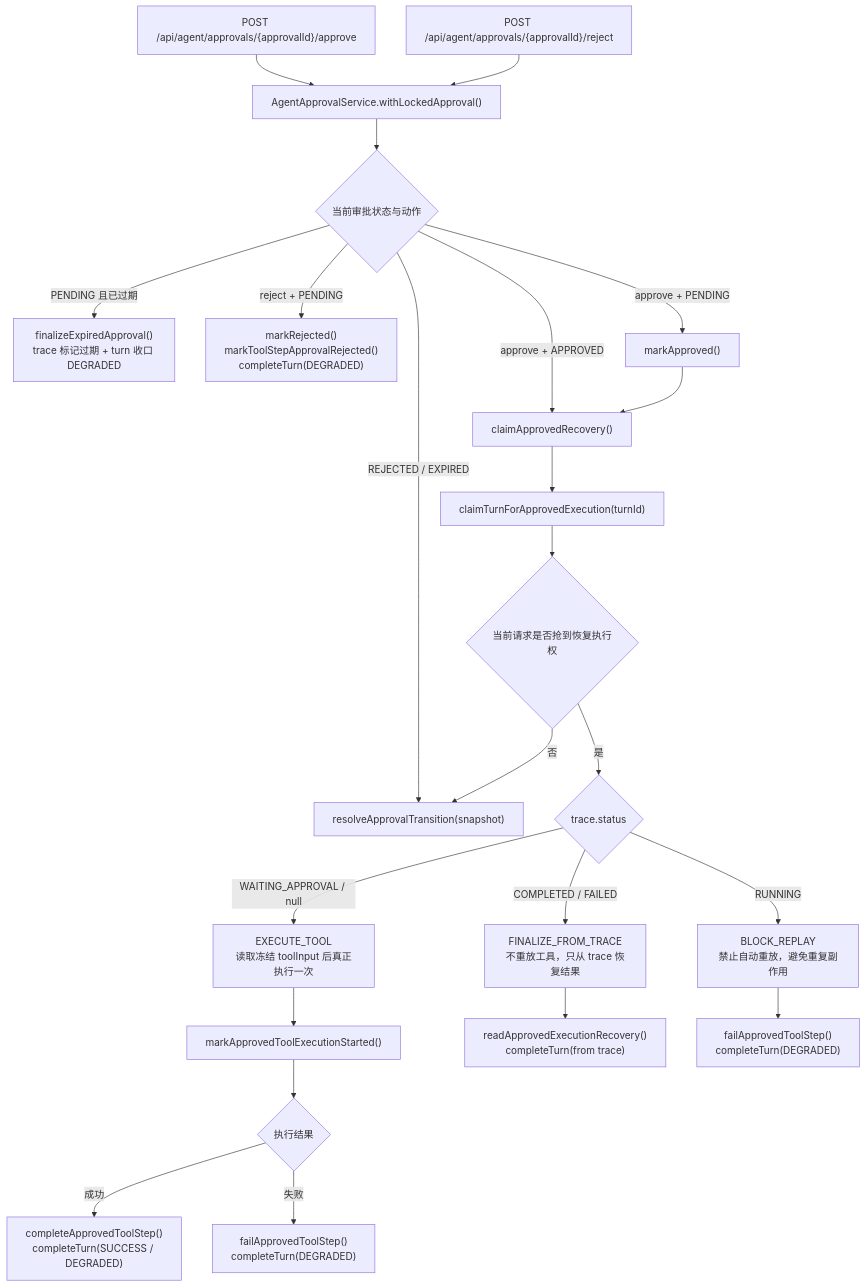
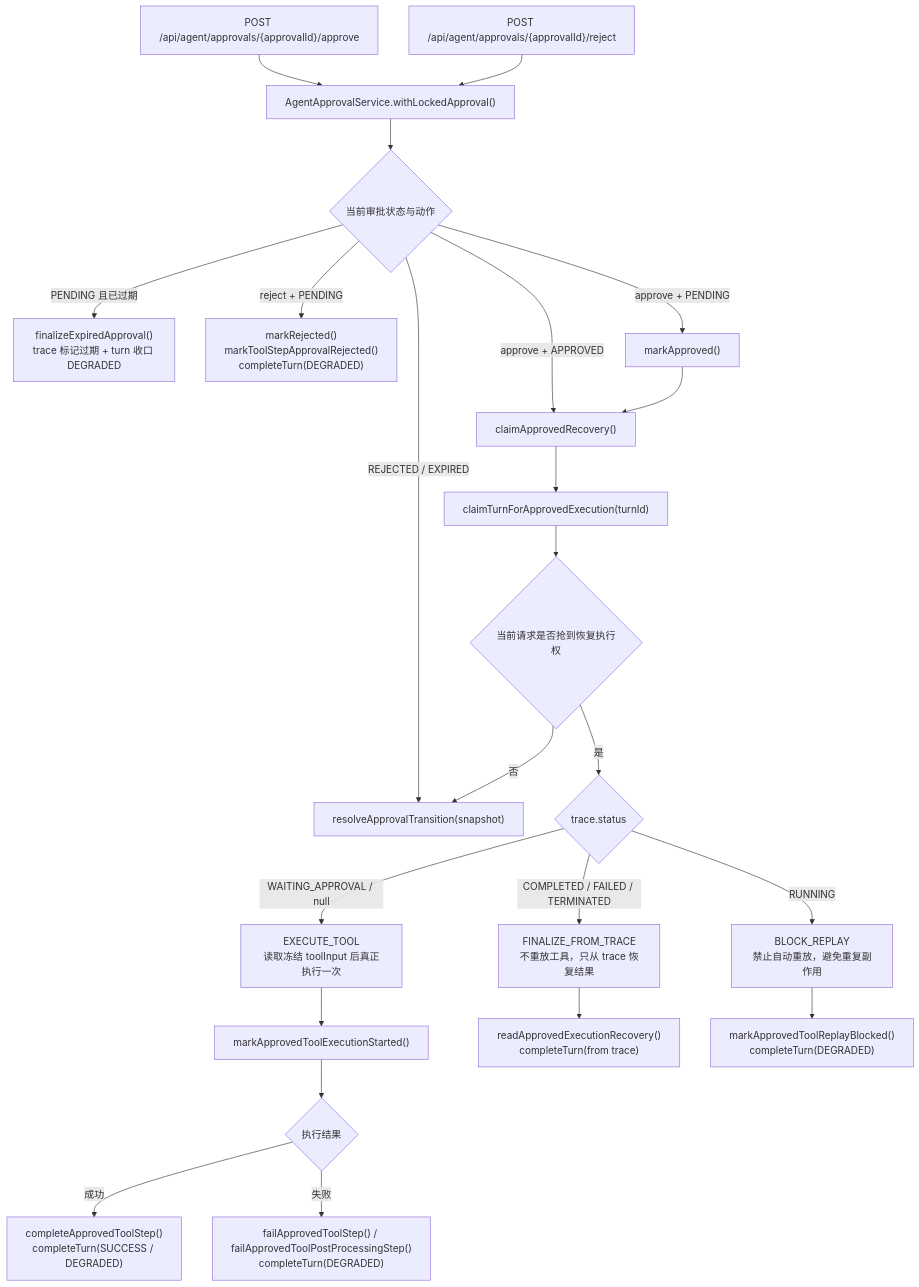
One commit to Kiyra-gjx/interview-guide changed the seventh of 7 diagrams in docs/current-code-architecture.md. Above: the diagram before and after it, drawn with Mermaid. The commit also changed other lines of this file and 9 other files, not shown here.

````diff
--- a/docs/current-code-architecture.md
+++ b/docs/current-code-architecture.md
@@ -302,30 +302,30 @@
 ```mermaid
 flowchart TD
     A["POST /api/agent/approvals/{approvalId}/approve"] --> B["AgentApprovalService.withLockedApproval()"]
     R["POST /api/agent/approvals/{approvalId}/reject"] --> B
     B --> C{"当前审批状态与动作"}
 
     C -->|PENDING 且已过期| EX["finalizeExpiredApproval()<br/>trace 标记过期 + turn 收口 DEGRADED"]
     C -->|reject + PENDING| RJ["markRejected()<br/>markToolStepApprovalRejected()<br/>completeTurn(DEGRADED)"]
     C -->|approve + PENDING| MK["markApproved()"]
     C -->|approve + APPROVED| CL["claimApprovedRecovery()"]
     C -->|REJECTED / EXPIRED| SNAP["resolveApprovalTransition(snapshot)"]
 
     MK --> CL
     CL --> TURN["claimTurnForApprovedExecution(turnId)"]
     TURN --> D{"当前请求是否抢到恢复执行权"}
     D -->|否| SNAP
     D -->|是| E{"trace.status"}
 
     E -->|WAITING_APPROVAL / null| ET["EXECUTE_TOOL<br/>读取冻结 toolInput 后真正执行一次"]
-    E -->|COMPLETED / FAILED| FT["FINALIZE_FROM_TRACE<br/>不重放工具，只从 trace 恢复结果"]
+    E -->|COMPLETED / FAILED / TERMINATED| FT["FINALIZE_FROM_TRACE<br/>不重放工具，只从 trace 恢复结果"]
     E -->|RUNNING| BR["BLOCK_REPLAY<br/>禁止自动重放，避免重复副作用"]
 
     ET --> ET2["markApprovedToolExecutionStarted()"]
     ET2 --> ET3{"执行结果"}
     ET3 -->|成功| ETC["completeApprovedToolStep()<br/>completeTurn(SUCCESS / DEGRADED)"]
-    ET3 -->|失败| ETF["failApprovedToolStep()<br/>completeTurn(DEGRADED)"]
+    ET3 -->|失败| ETF["failApprovedToolStep() / failApprovedToolPostProcessingStep()<br/>completeTurn(DEGRADED)"]
 
     FT --> FTC["readApprovedExecutionRecovery()<br/>completeTurn(from trace)"]
-    BR --> BRC["failApprovedToolStep()<br/>completeTurn(DEGRADED)"]
+    BR --> BRC["markApprovedToolReplayBlocked()<br/>completeTurn(DEGRADED)"]
 ```
````
